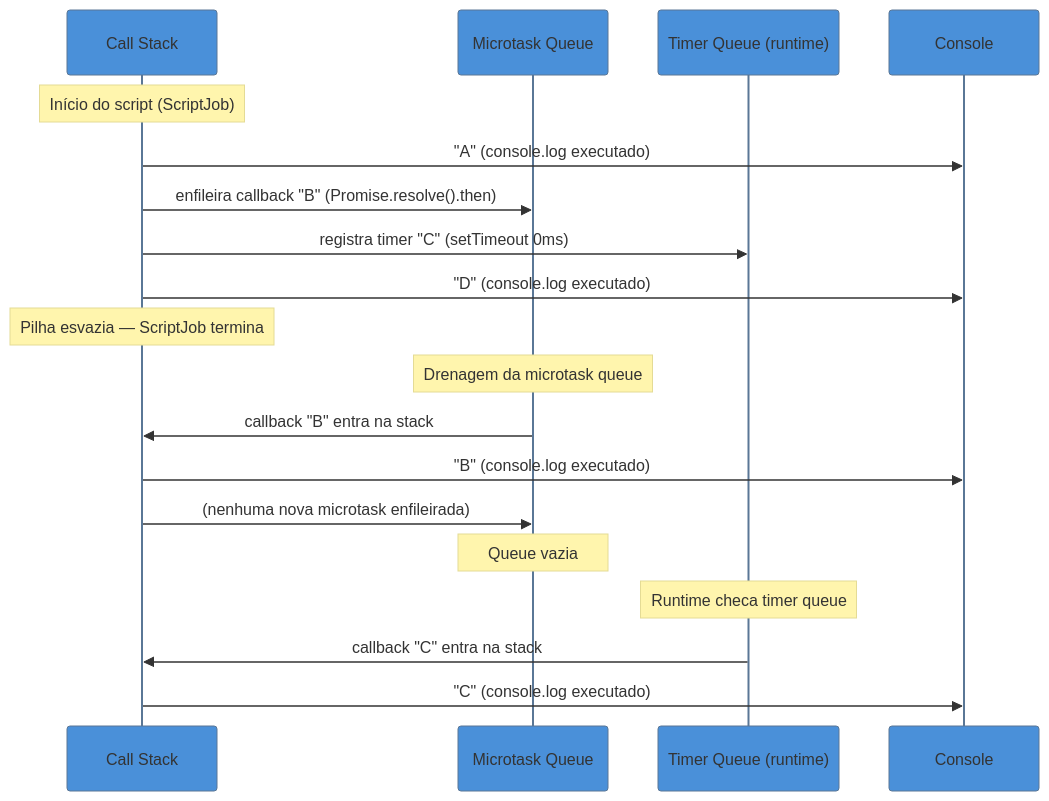
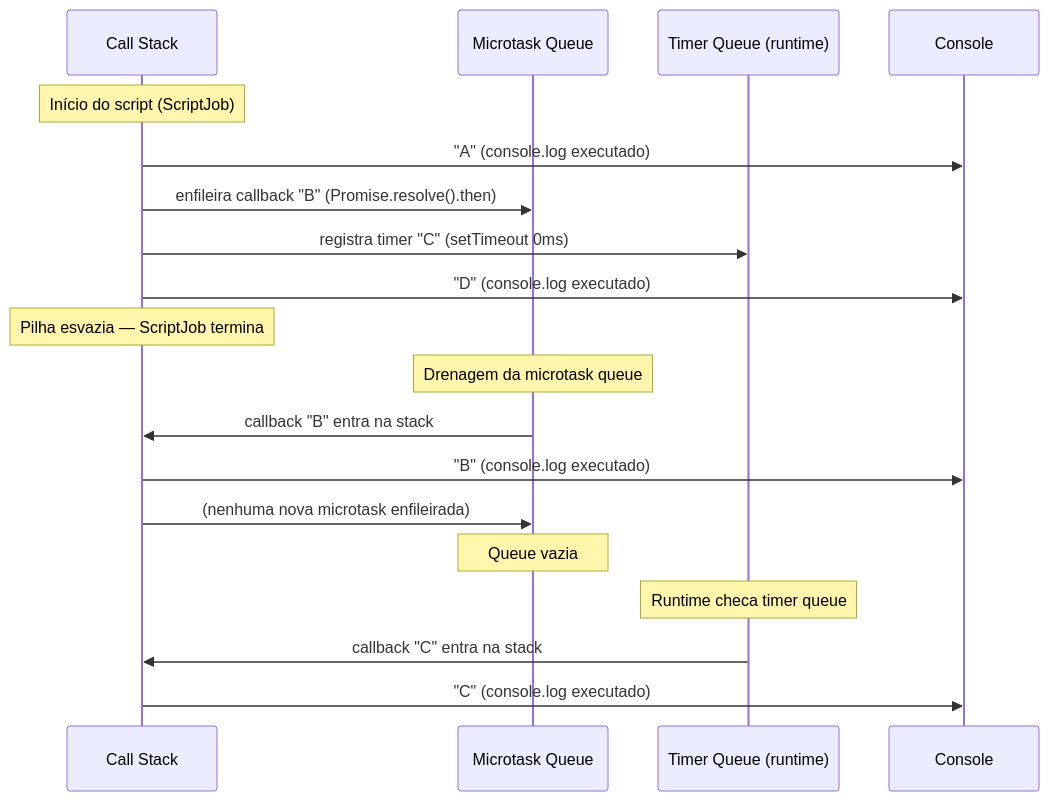
The first of 2 diagrams in 03-Dominios/Tecnologia/JavaScript/19 - Modelo de execução a fundo.md (josenaldo/codex-technomanticus), drawn with Mermaid before and after one commit. The commit also changed other lines of this file and 1181 other files, not shown here.

First line of the commit message:
fix(diagramas): paleta do sistema no lugar de cor cravada no markdown

````diff
--- a/03-Dominios/Tecnologia/JavaScript/19 - Modelo de execução a fundo.md
+++ b/03-Dominios/Tecnologia/JavaScript/19 - Modelo de execução a fundo.md
@@ -173,25 +173,24 @@
 ```mermaid
-%%{init: {"theme": "base", "themeVariables": {"primaryColor": "#4A90D9", "secondaryColor": "#F5A623", "tertiaryColor": "#D0021B"}}}%%
 sequenceDiagram
     participant Stack as Call Stack
     participant MQ as Microtask Queue
     participant TimerQ as Timer Queue (runtime)
     participant Output as Console
 
     Note over Stack: Início do script (ScriptJob)
     Stack->>Output: "A" (console.log executado)
     Stack->>MQ: enfileira callback "B" (Promise.resolve().then)
     Stack->>TimerQ: registra timer "C" (setTimeout 0ms)
     Stack->>Output: "D" (console.log executado)
     Note over Stack: Pilha esvazia — ScriptJob termina
 
     Note over MQ: Drenagem da microtask queue
     MQ->>Stack: callback "B" entra na stack
     Stack->>Output: "B" (console.log executado)
     Stack->>MQ: (nenhuma nova microtask enfileirada)
     Note over MQ: Queue vazia
 
     Note over TimerQ: Runtime checa timer queue
     TimerQ->>Stack: callback "C" entra na stack
     Stack->>Output: "C" (console.log executado)
 ```
````
